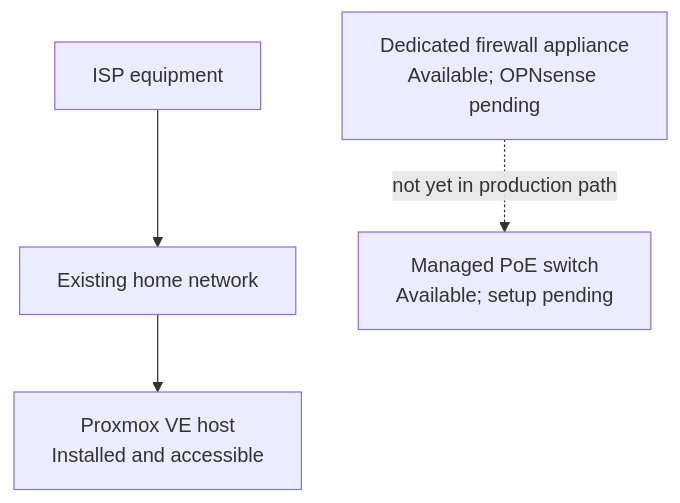
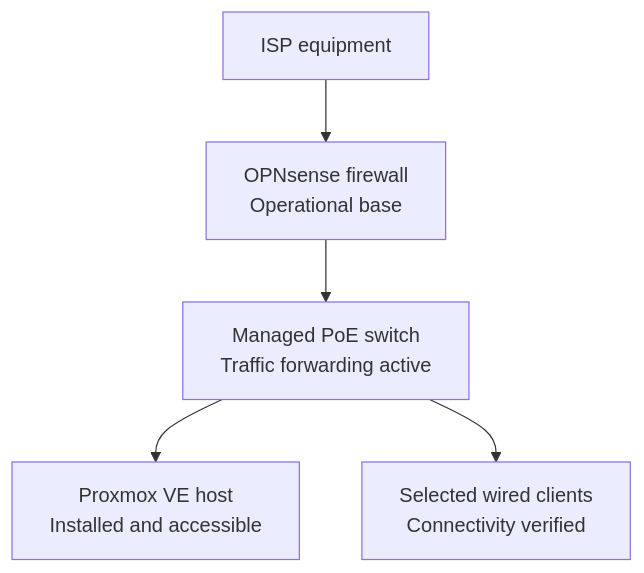
The first of 3 diagrams in docs/architecture.md (DeadPol8789/homelab), drawn with Mermaid before and after one commit. The commit also changed other lines of this file and 8 other files, not shown here.

First line of the commit message:
Document operational HomeLab network foundation (#1)

````diff
--- a/docs/architecture.md
+++ b/docs/architecture.md
@@ -19,10 +19,7 @@
 ```mermaid
 flowchart TD
-    ISP["ISP equipment"] --> NET["Existing home network"]
-    NET --> PVE["Proxmox VE host<br/>Installed and accessible"]
-
-    FW["Dedicated firewall appliance<br/>Available; OPNsense pending"]
-    SW["Managed PoE switch<br/>Available; setup pending"]
-
-    FW -. "not yet in production path" .-> SW
+    ISP["ISP equipment"] --> FW["OPNsense firewall<br/>Operational base"]
+    FW --> SW["Managed PoE switch<br/>Traffic forwarding active"]
+    SW --> PVE["Proxmox VE host<br/>Installed and accessible"]
+    SW --> CLIENT["Selected wired clients<br/>Connectivity verified"]
 ```
````
